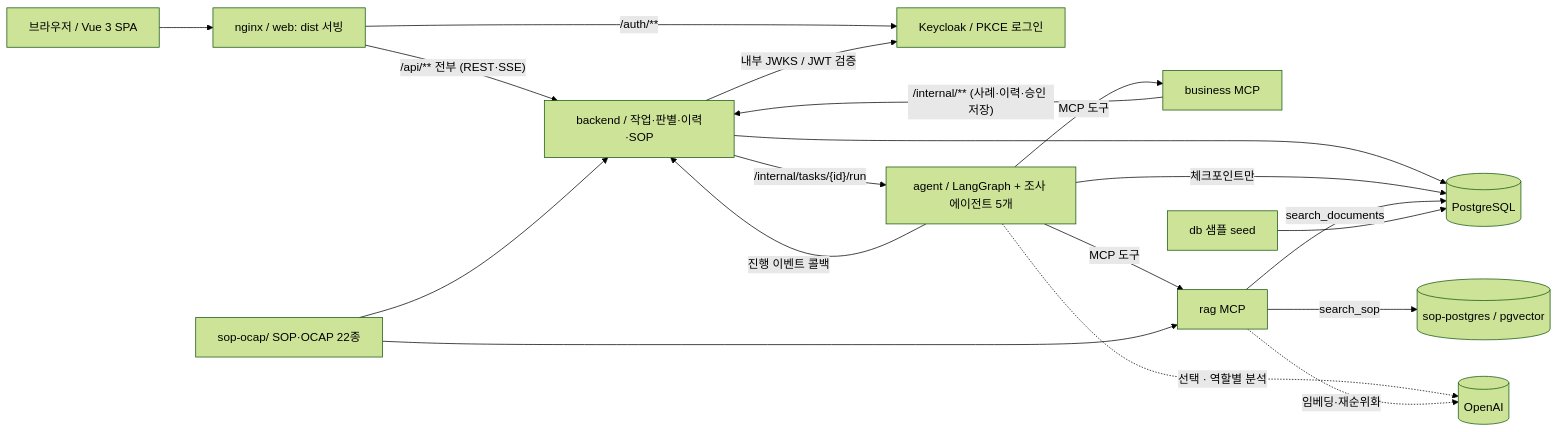
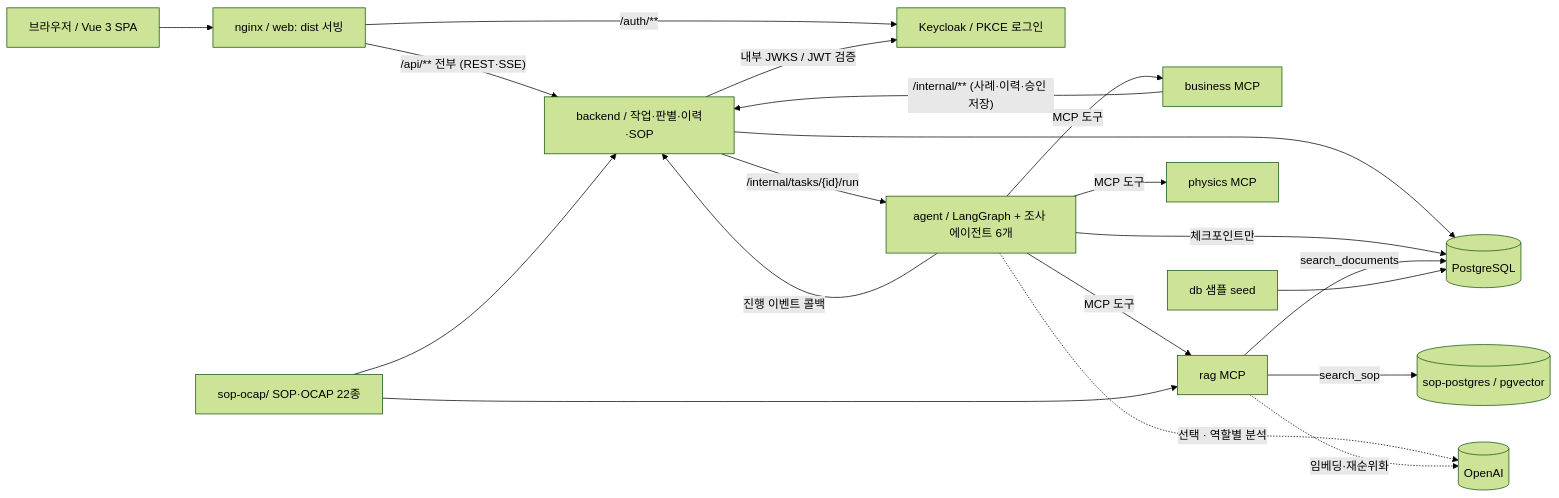
The diagram in docs/architecture.md (meotjin-girl/etch-trace), drawn with Mermaid (forest theme) before and after one commit. The commit also changed other lines of this file and 33 other files, not shown here.

````diff
--- a/docs/architecture.md
+++ b/docs/architecture.md
@@ -5,21 +5,22 @@
 ```mermaid
 flowchart LR
   UI[브라우저 / Vue 3 SPA] --> W[nginx / web: dist 서빙]
   W -- "/api/** 전부 (REST·SSE)" --> B[backend / 작업·판별·이력·SOP]
   W -- "/auth/**" --> KC[Keycloak / PKCE 로그인]
   B -- 내부 JWKS / JWT 검증 --> KC
-  B -- "/internal/tasks/{id}/run" --> A[agent / LangGraph + 조사 에이전트 5개]
+  B -- "/internal/tasks/{id}/run" --> A[agent / LangGraph + 조사 에이전트 6개]
   A -- 진행 이벤트 콜백 --> B
   A -- MCP 도구 --> BM[business MCP]
   A -- MCP 도구 --> RM[rag MCP]
+  A -- MCP 도구 --> PM[physics MCP]
   BM -- "/internal/** (사례·이력·승인 저장)" --> B
   B --> PG[(PostgreSQL)]
   A -- 체크포인트만 --> PG
   RM -- search_documents --> PG
   RM -- search_sop --> SPG[(sop-postgres / pgvector)]
   DOCS[sop-ocap/ SOP·OCAP 22종] --> RM
   DOCS --> B
   SEED[db 샘플 seed] --> PG
   A -. 선택 · 역할별 분석 .-> LLM[(OpenAI)]
   RM -. 임베딩·재순위화 .-> LLM
 ```
````
